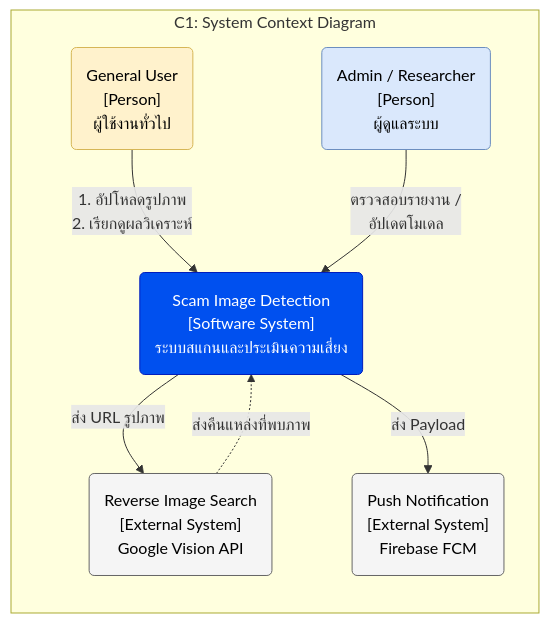
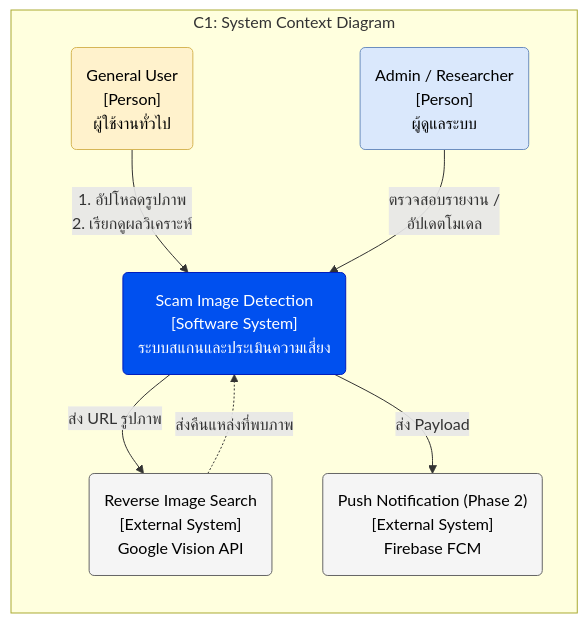
Before and after one commit to Panuwat-ta/project: the first of 4 diagrams in Document/docs/03_Software_Architecture.md, drawn with Mermaid. The commit also changed other lines of this file and 2 other files, not shown here.

First line of the commit message:
Resolve DOC-06 FCM is Phase 2, v1 uses polling

````diff
--- a/Document/docs/03_Software_Architecture.md
+++ b/Document/docs/03_Software_Architecture.md
@@ -48,34 +48,34 @@
 ```mermaid
 flowchart TD
     %% Classes
     classDef mainSystem fill:#0050ef,stroke:#001DBC,color:white
     classDef userFill fill:#fff2cc,stroke:#d6b656,color:black
     classDef adminFill fill:#dae8fc,stroke:#6c8ebf,color:black
     classDef extFill fill:#f5f5f5,stroke:#666666,color:black
 
     subgraph Context [C1: System Context Diagram]
         direction TB
         
         User("General User<br>[Person]<br>ผู้ใช้งานทั่วไป")
         
         System("Scam Image Detection<br>[Software System]<br>ระบบสแกนและประเมินความเสี่ยง")
         
         Admin("Admin / Researcher<br>[Person]<br>ผู้ดูแลระบบ")
         
         ExtSearch("Reverse Image Search<br>[External System]<br>Google Vision API")
         
-        ExtNotify("Push Notification<br>[External System]<br>Firebase FCM")
+        ExtNotify("Push Notification (Phase 2)<br>[External System]<br>Firebase FCM")
 
         %% Relationships
         User -- "1. อัปโหลดรูปภาพ<br>2. เรียกดูผลวิเคราะห์" --> System
         System -- "ส่ง URL รูปภาพ" --> ExtSearch
         ExtSearch -.->|"ส่งคืนแหล่งที่พบภาพ"| System
         System -- "ส่ง Payload" --> ExtNotify
         Admin -- "ตรวจสอบรายงาน /<br>อัปเดตโมเดล" --> System
     end
 
     class System mainSystem
     class User userFill
     class Admin adminFill
     class ExtSearch,ExtNotify extFill
 ```
````
